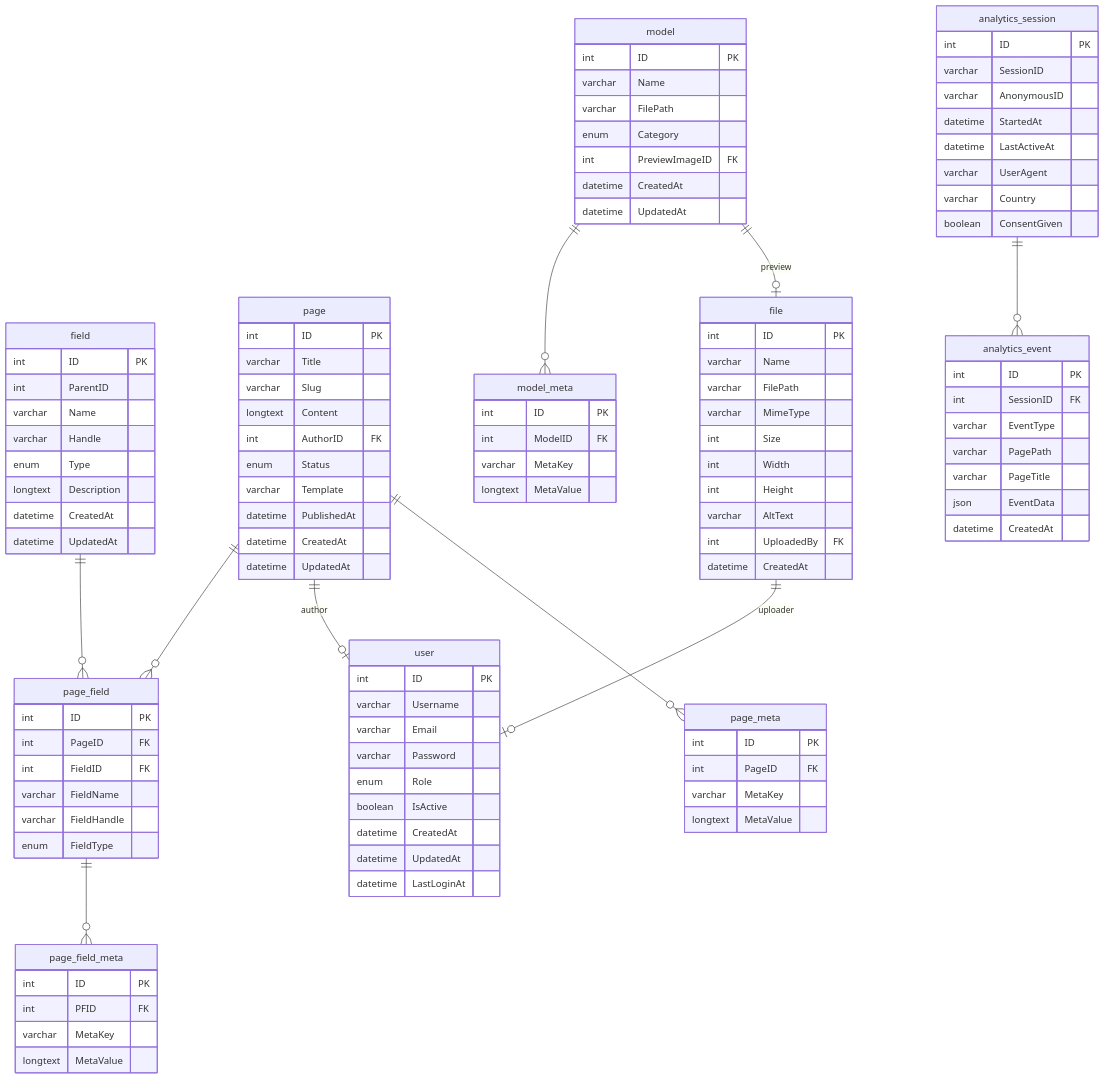
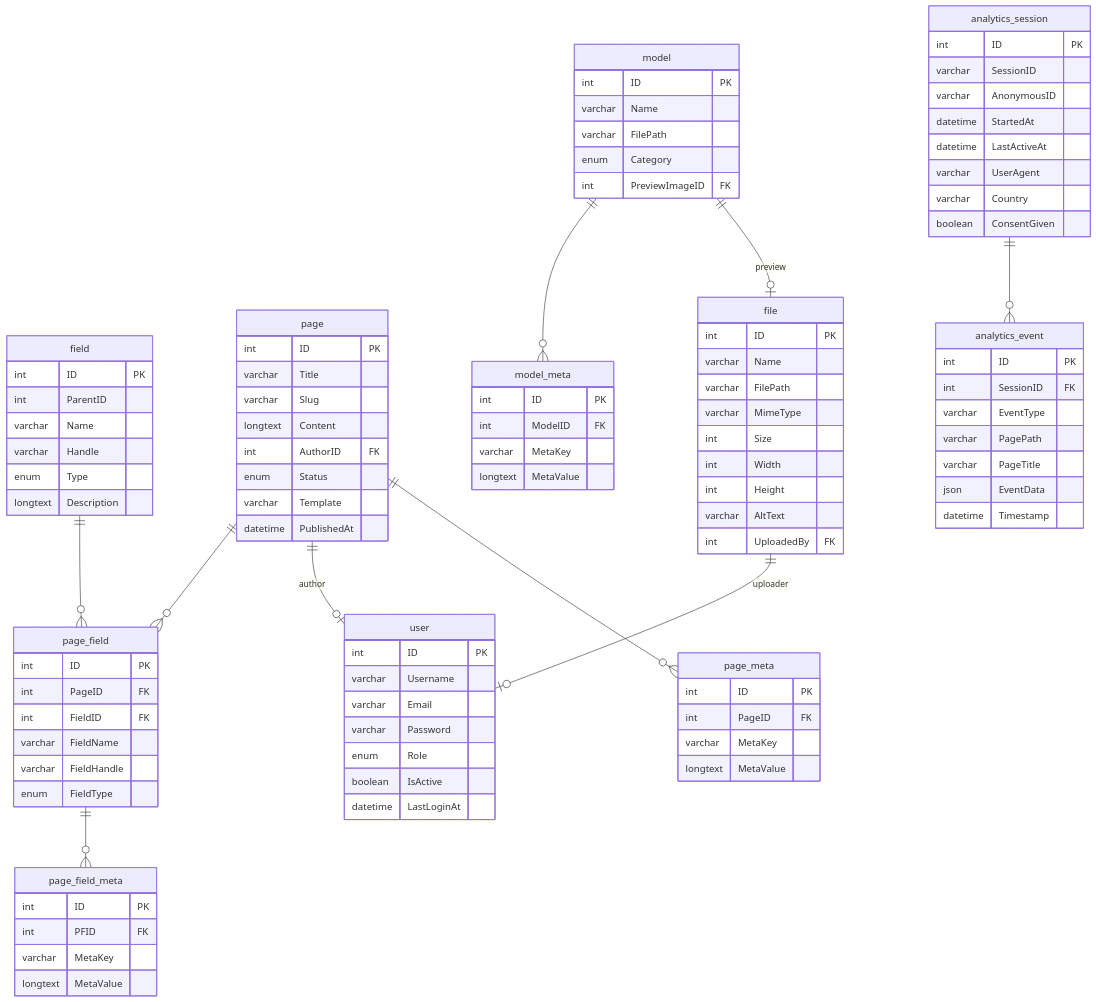
Before and after one commit to BoysInSkirts/BoysInSkirts: the diagram in database/schema.mmd, drawn with Mermaid. The commit also changed 1 other file, not shown here.

Commit message:
add schema

```diff
--- a/database/schema.mmd
+++ b/database/schema.mmd
@@ -1,116 +1,114 @@
 erDiagram
+    %% Note: All tables include standard audit fields (not shown):
+    %% - datetime CreatedAt
+    %% - int CreatedBy FK (references user)
+    %% - datetime UpdatedAt
+    %% - int UpdatedBy FK (references user)
+    %% - boolean Disabled
+
     field {
         int ID PK
         int ParentID
         varchar Name
         varchar Handle
         enum Type         
         %%  plain_text, rich_text, link, assets
         longtext Description
-        datetime CreatedAt
-        datetime UpdatedAt
     }
     page {
         int ID PK
         varchar Title
         varchar Slug
         longtext Content
         int AuthorID FK
         enum Status
         %% draft, published, archived
         varchar Template
         datetime PublishedAt
-        datetime CreatedAt
-        datetime UpdatedAt
     }
     model {
         int ID PK
         varchar Name
         varchar FilePath
         enum Category
         %% human_model, skirt_asset
         int PreviewImageID FK
-        datetime CreatedAt
-        datetime UpdatedAt
     }
     model_meta {
         int ID PK
         int ModelID FK
         varchar MetaKey
         longtext MetaValue
     }
     user {
         int ID PK
         varchar Username
         varchar Email
         varchar Password
         enum Role
         %% admin, editor
         boolean IsActive
-        datetime CreatedAt
-        datetime UpdatedAt
         datetime LastLoginAt
     }
     page_field {
         int ID PK
         int PageID FK
         int FieldID FK
         varchar FieldName
         varchar FieldHandle
         enum FieldType    
         %% plain_text, rich_text, link, assets
     }
     page_field_meta {
         int ID PK
         int PFID FK
         varchar MetaKey
         longtext MetaValue
     }
     page_meta {
         int ID PK
         int PageID FK
         varchar MetaKey
         longtext MetaValue
     }
     file {
         int ID PK
         varchar Name
         varchar FilePath
         varchar MimeType
         int Size
         int Width
         int Height
         varchar AltText
         int UploadedBy FK
-        datetime CreatedAt
     }
     analytics_session {
         int ID PK
         varchar SessionID
         varchar AnonymousID
         datetime StartedAt
         datetime LastActiveAt
         varchar UserAgent
         varchar Country
         boolean ConsentGiven
     }
     analytics_event {
         int ID PK
         int SessionID FK
         varchar EventType
         %% page_view, vt_interaction, model_switch, skirt_switch
         varchar PagePath
         varchar PageTitle
         json EventData
-        datetime CreatedAt
+        datetime Timestamp
     }
 
     model ||--o{ model_meta : ""
     model ||--o| file : "preview"
     page ||--o{ page_field : ""
     field ||--o{ page_field : ""
     page ||--o| user : "author"
     page ||--o{ page_meta : ""
     page_field ||--o{ page_field_meta : ""
     file ||--o| user : "uploader"
     analytics_session ||--o{ analytics_event : ""
```
